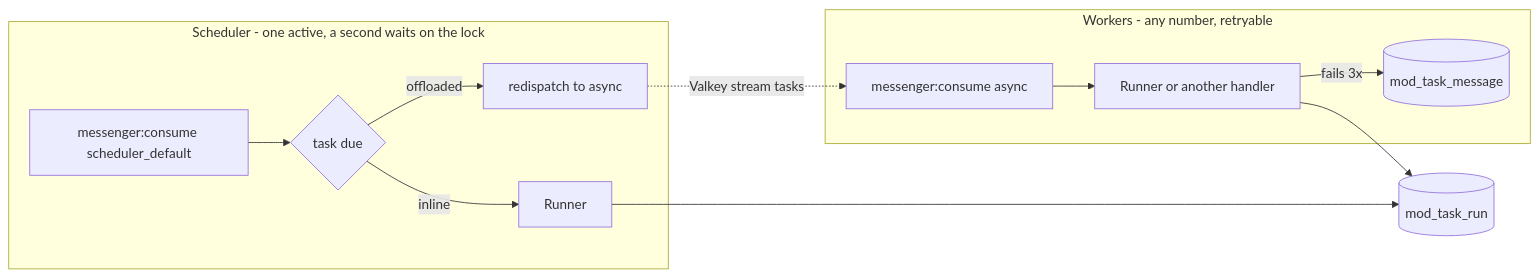
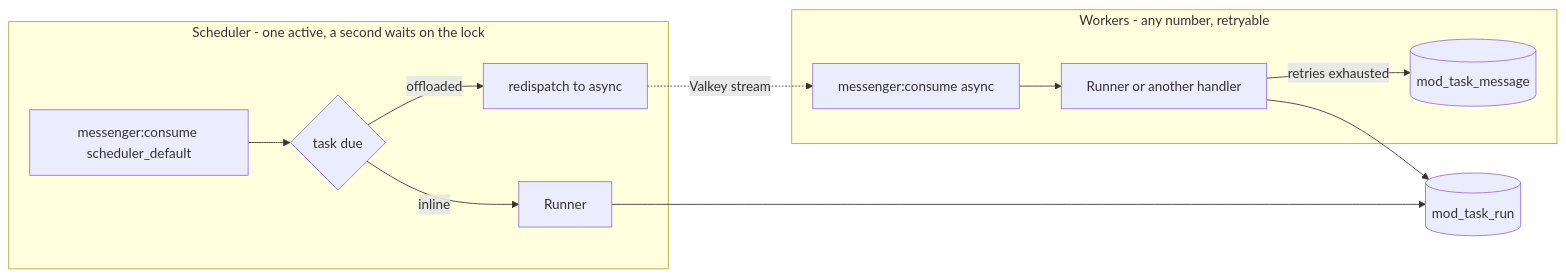
One commit to xuedi/meetagain changed the diagram in modules/task/README.md. Above: the diagram before and after it, drawn with Mermaid. The commit also changed other lines of this file and 6 other files, not shown here.

````diff
--- a/modules/task/README.md
+++ b/modules/task/README.md
@@ -8,15 +9,15 @@
 ```mermaid
 flowchart LR
     subgraph sch["Scheduler - one active, a second waits on the lock"]
         s[messenger:consume scheduler_default] --> due{task due}
         due -->|inline| run[Runner]
         due -->|offloaded| redispatch[redispatch to async]
     end
     subgraph wrk["Workers - any number, retryable"]
         w[messenger:consume async] --> run2[Runner or another handler]
-        run2 -->|fails 3x| failed[(mod_task_message)]
+        run2 -->|retries exhausted| failed[(mod_task_message)]
     end
-    redispatch -.->|Valkey stream tasks| w
+    redispatch -.->|Valkey stream| w
     run --> log[(mod_task_run)]
     run2 --> log
 ```
````
